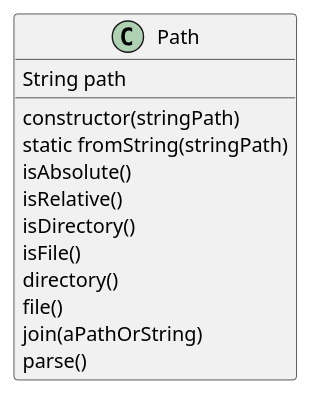
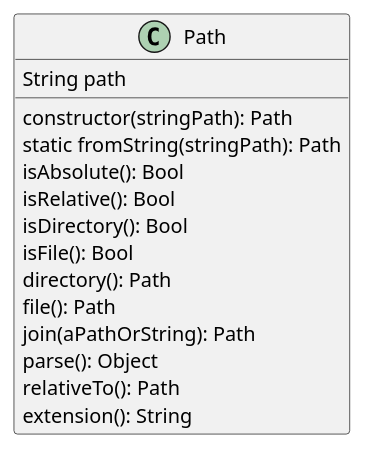
Before and after one commit to jarusll/Path: the diagram in Path.puml, drawn with PlantUML. The commit also changed 3 other files, not shown here.

Commit message:
add relativeTo and extension messages

```diff
--- a/Path.puml
+++ b/Path.puml
@@ -1,15 +1,17 @@
 @startuml
 class Path{
     String path
-    constructor(stringPath)
-    static fromString(stringPath)
-    isAbsolute()
-    isRelative()
-    isDirectory()
-    isFile()
-    directory()
-    file()
-    join(aPathOrString)
-    parse()
+    constructor(stringPath): Path
+    static fromString(stringPath): Path
+    isAbsolute(): Bool
+    isRelative(): Bool
+    isDirectory(): Bool
+    isFile(): Bool
+    directory(): Path
+    file(): Path
+    join(aPathOrString): Path
+    parse(): Object
+    relativeTo(): Path
+    extension(): String
 }
 @enduml
```
